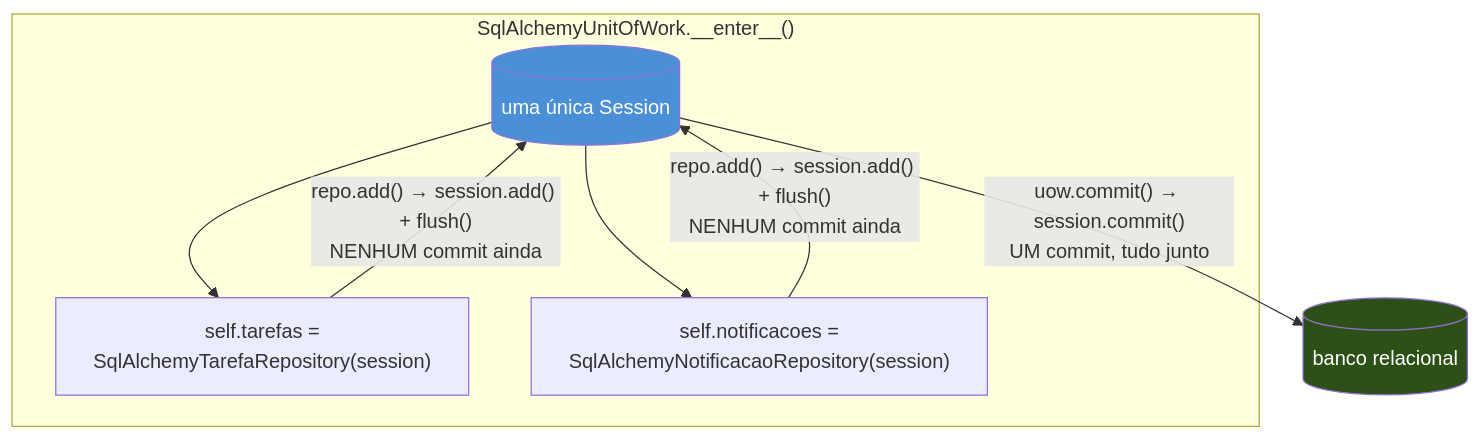
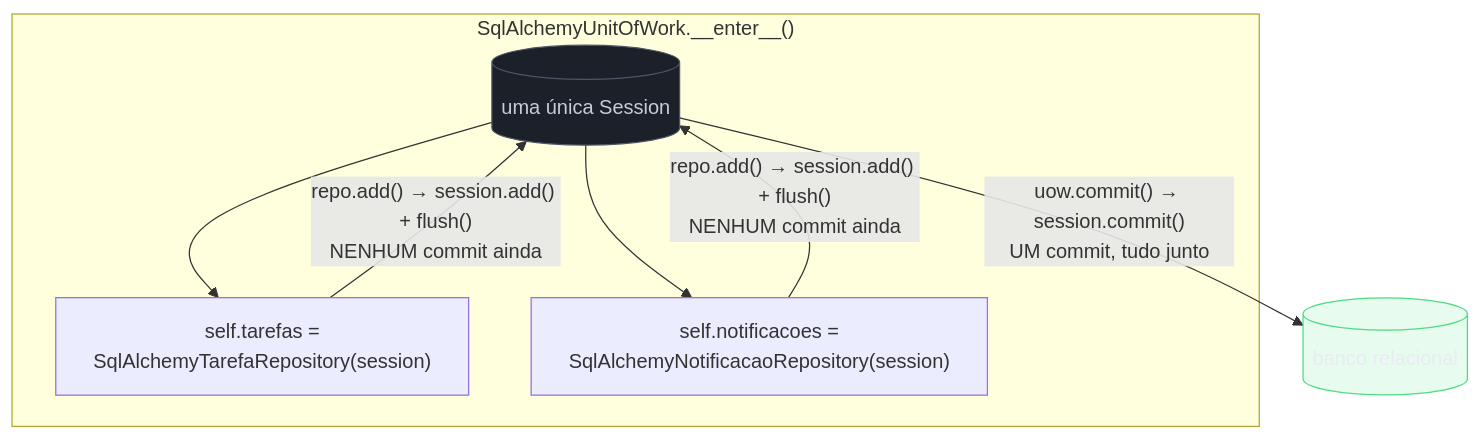
The first of 2 diagrams in 03-Dominios/Tecnologia/Python/Arquitetura e Design Patterns/04 - Unit of Work — formalizando o padrão que já existia.md (josenaldo/codex-technomanticus), drawn with Mermaid before and after one commit. The commit also changed 1181 other files, not shown here.

First line of the commit message:
fix(diagramas): paleta do sistema no lugar de cor cravada no markdown

````diff
--- a/03-Dominios/Tecnologia/Python/Arquitetura e Design Patterns/04 - Unit of Work — formalizando o padrão que já existia.md
+++ b/03-Dominios/Tecnologia/Python/Arquitetura e Design Patterns/04 - Unit of Work — formalizando o padrão que já existia.md
@@ -195,19 +195,21 @@
 ```mermaid
 flowchart TB
+    classDef neutro fill:#1B2029,stroke:#4E5666,color:#C6CCD8
+    classDef ok fill:#4ADE8021,stroke:#4ADE80,color:#E9ECF2
     subgraph UOW["SqlAlchemyUnitOfWork.__enter__()"]
         SES[("uma única Session")]
         RT["self.tarefas =<br/>SqlAlchemyTarefaRepository(session)"]
         RN["self.notificacoes =<br/>SqlAlchemyNotificacaoRepository(session)"]
     end
 
     SES --> RT
     SES --> RN
 
     RT -->|"repo.add() → session.add() + flush()<br/>NENHUM commit ainda"| SES
     RN -->|"repo.add() → session.add() + flush()<br/>NENHUM commit ainda"| SES
 
     SES -->|"uow.commit() → session.commit()<br/>UM commit, tudo junto"| DB[("banco relacional")]
 
-    style SES fill:#4A90D9,color:#fff
-    style DB fill:#2d5016,color:#fff
+    class SES neutro
+    class DB ok
 ```
````
